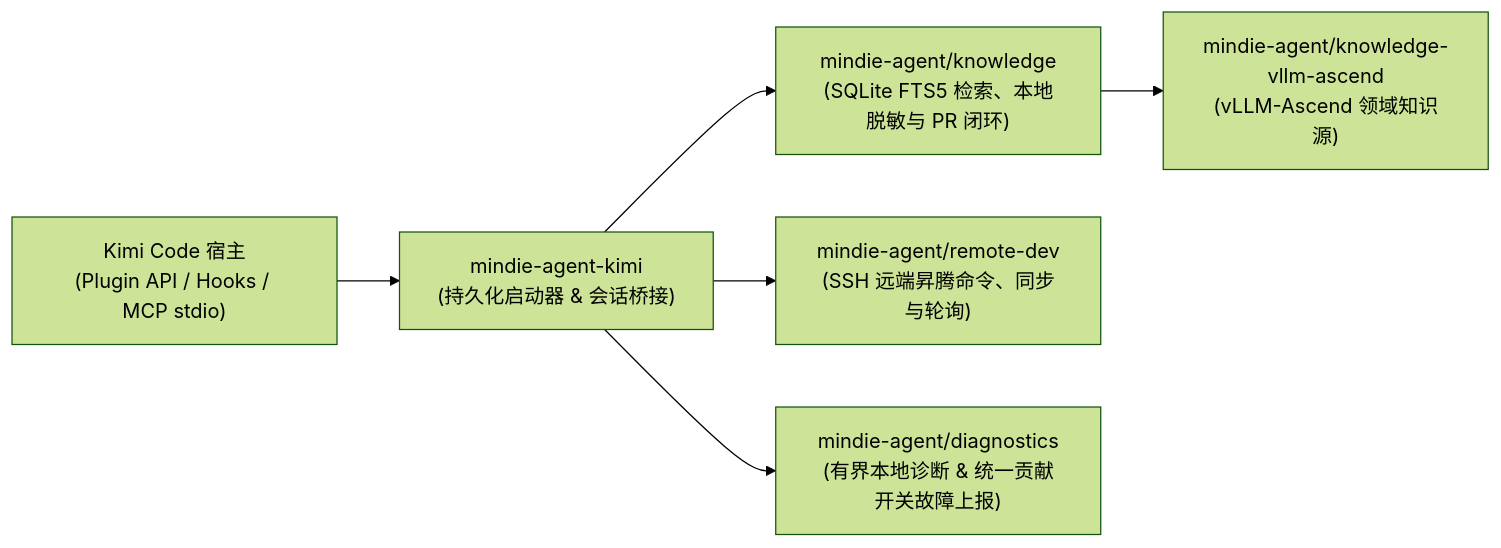
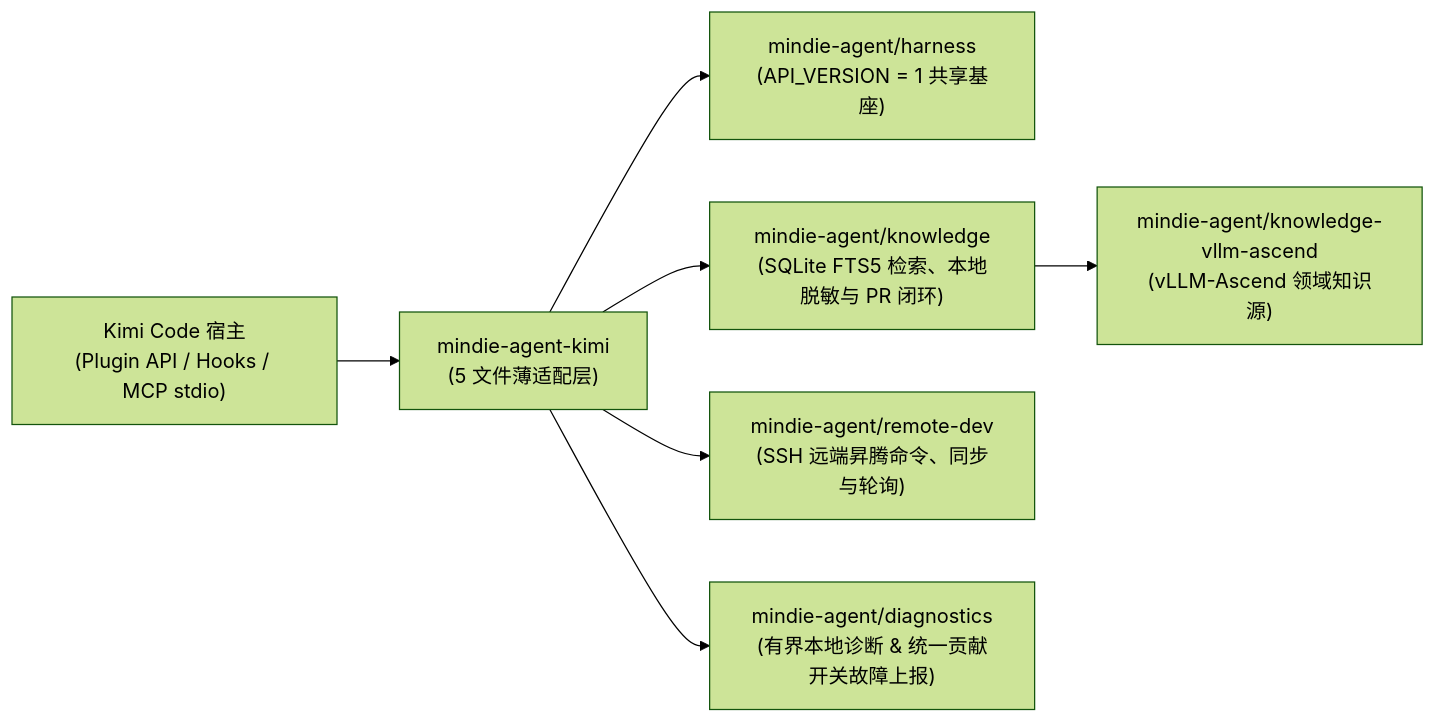
Before and after one commit to mindie-agent/mindie-agent-kimi: the diagram in README.md, drawn with Mermaid (forest theme). The commit also changed other lines of this file and 153 other files, not shown here.

````diff
--- a/README.md
+++ b/README.md
@@ -225,8 +193,9 @@
 ```mermaid
 flowchart LR
-  Kimi["Kimi Code 宿主<br/>(Plugin API / Hooks / MCP stdio)"] --> Launcher["mindie-agent-kimi<br/>(持久化启动器 & 会话桥接)"]
+  Kimi["Kimi Code 宿主<br/>(Plugin API / Hooks / MCP stdio)"] --> Launcher["mindie-agent-kimi<br/>(5 文件薄适配层)"]
+  Launcher --> Harness["mindie-agent/harness<br/>(API_VERSION = 1 共享基座)"]
   Launcher --> Knowledge["mindie-agent/knowledge<br/>(SQLite FTS5 检索、本地脱敏与 PR 闭环)"]
   Knowledge --> Feed["mindie-agent/knowledge-vllm-ascend<br/>(vLLM-Ascend 领域知识源)"]
   Launcher --> RemoteDev["mindie-agent/remote-dev<br/>(SSH 远端昇腾命令、同步与轮询)"]
   Launcher --> Diagnostics["mindie-agent/diagnostics<br/>(有界本地诊断 & 统一贡献开关故障上报)"]
 ```
````
